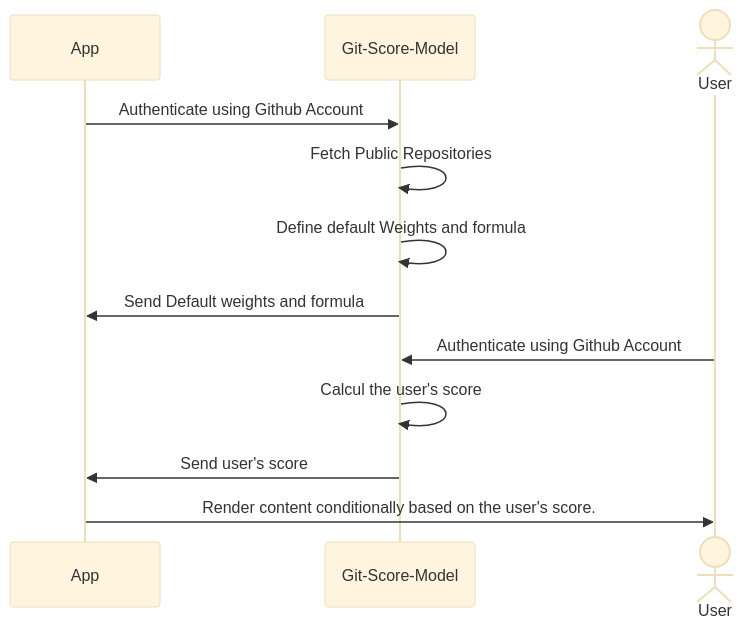
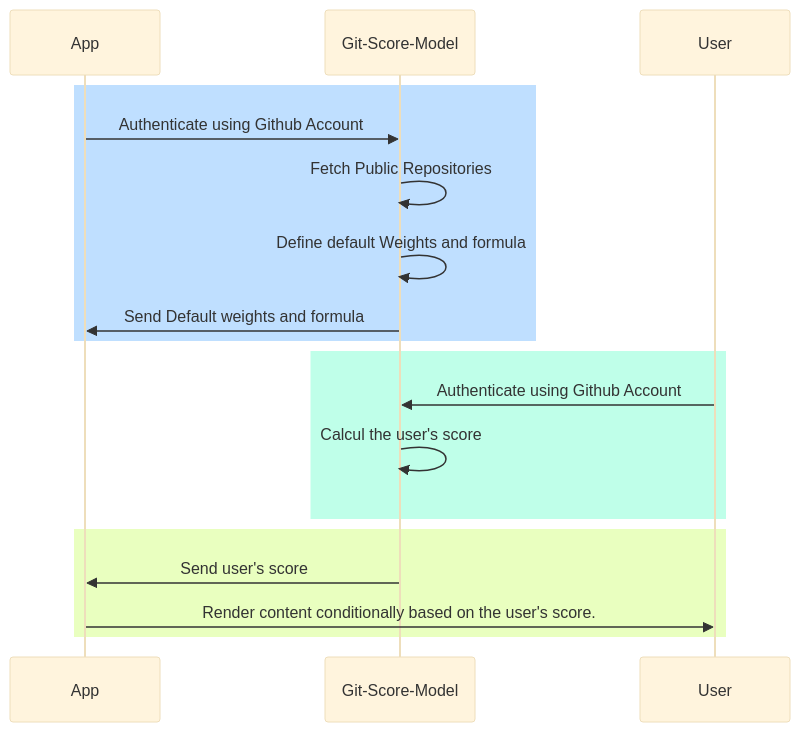
The diagram in README.md (zakarialaoui10/git-score), drawn with Mermaid (base theme) before and after one commit.

````diff
--- a/README.md
+++ b/README.md
@@ -3,14 +3,20 @@
 ```mermaid
 sequenceDiagram
     participant App
     participant GSM as Git-Score-Model
-    actor User
+    rect rgb(191, 223, 255)
     App->>GSM: Authenticate using Github Account
     GSM->>GSM : Fetch Public Repositories
     GSM->>GSM : Define default Weights and formula
     GSM->>App : Send Default weights and formula
+    end
+    rect rgb(191,255,233)
     User->> GSM : Authenticate using Github Account
     GSM->>GSM : Calcul the user's score
+    destroy GSM
+    end
+    rect rgb(233,255,191)
     GSM->>App : Send user's score
     App->>User : Render content conditionally based on the user's score.
+    end 
 ```
````
